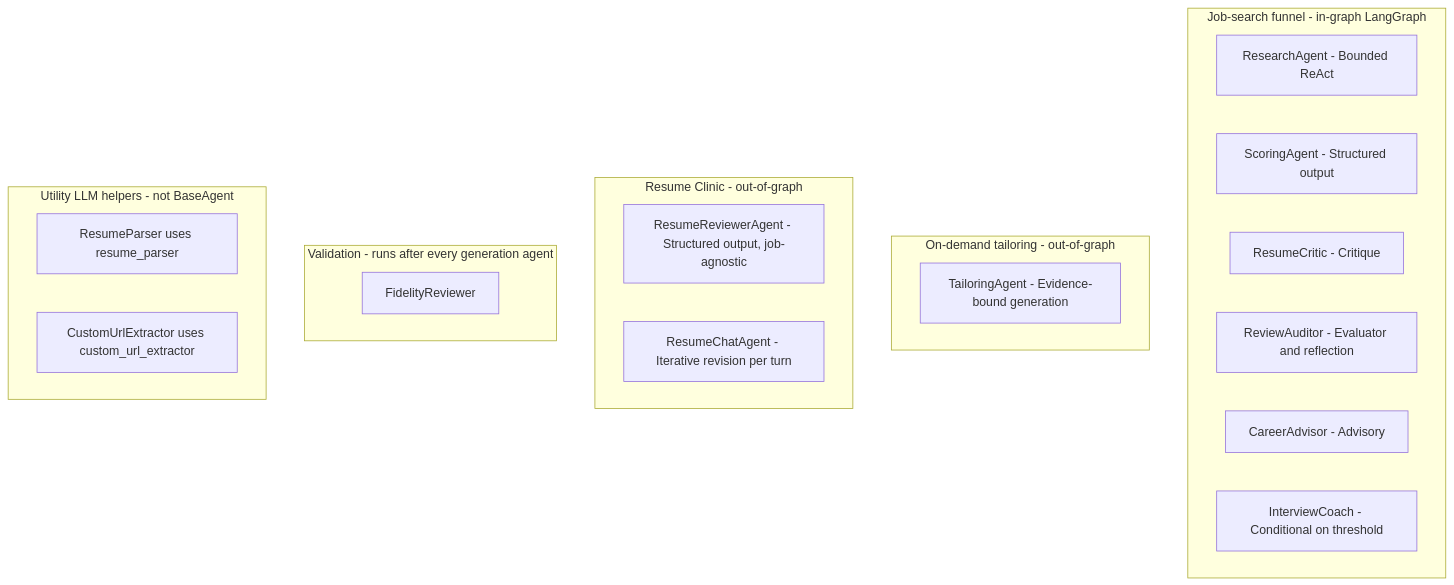
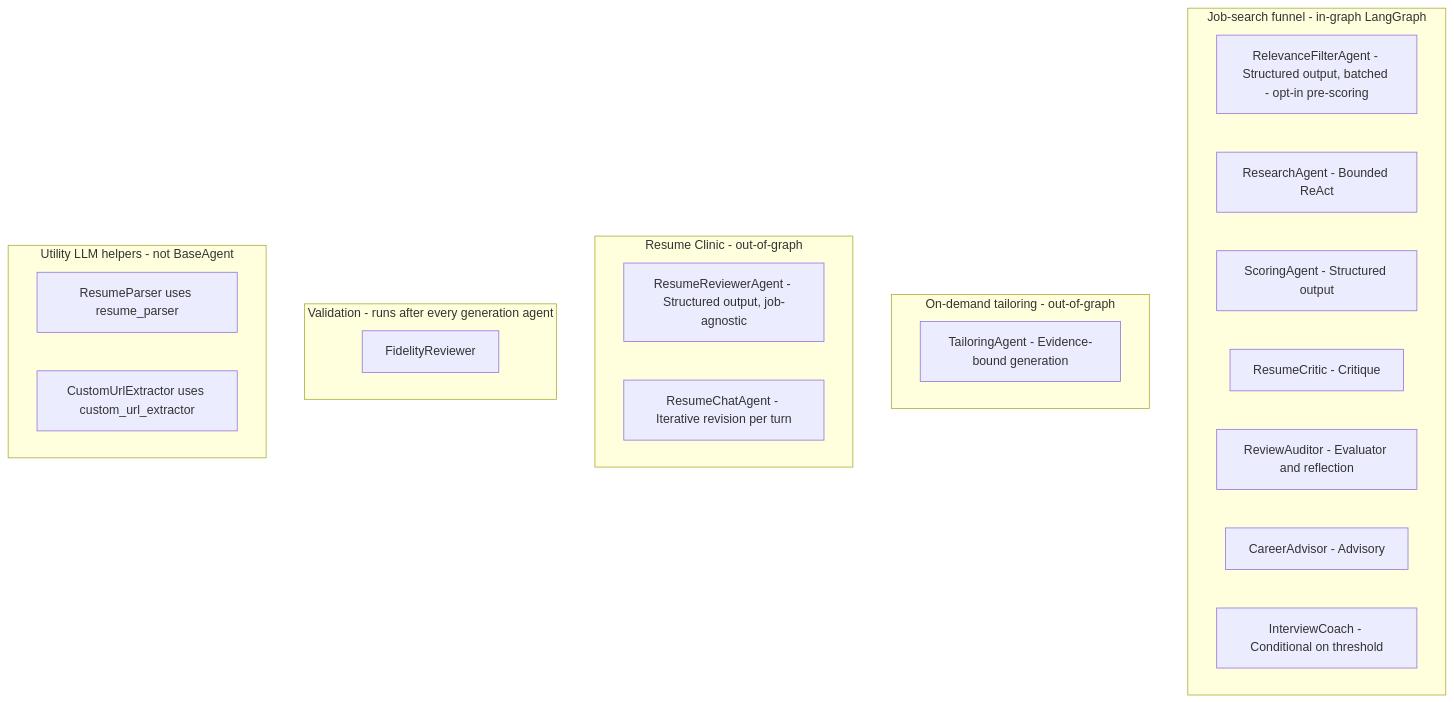
The diagram in docs/architecture/images/agent_graph.mmd (suthrams/jobsearchagent-v2), drawn with Mermaid before and after one commit. The commit also changed 4 other files, not shown here.

```diff
--- a/docs/architecture/images/agent_graph.mmd
+++ b/docs/architecture/images/agent_graph.mmd
@@ -1,27 +1,31 @@
+%% Textual mirror only. The published PNG is rendered from
+%% tools/figure_renderer/specs/agent_graph.json (deterministic figure renderer),
+%% not from this file. Keep both in sync on any agent change.
 flowchart TB
     subgraph Funnel [Job-search funnel - in-graph LangGraph]
+        a0[RelevanceFilterAgent - Structured output, batched - opt-in pre-scoring]
         a1[ResearchAgent - Bounded ReAct]
         a2[ScoringAgent - Structured output]
         a3[ResumeCritic - Critique]
         a4[ReviewAuditor - Evaluator and reflection]
         a5[CareerAdvisor - Advisory]
         a6[InterviewCoach - Conditional on threshold]
     end
 
     subgraph Tailoring [On-demand tailoring - out-of-graph]
         a7[TailoringAgent - Evidence-bound generation]
     end
 
     subgraph Clinic [Resume Clinic - out-of-graph]
         a8[ResumeReviewerAgent - Structured output, job-agnostic]
         a9[ResumeChatAgent - Iterative revision per turn]
     end
 
     subgraph Guardrail [Validation - runs after every generation agent]
         a10[FidelityReviewer]
     end
 
     subgraph Helpers [Utility LLM helpers - not BaseAgent]
         a11[ResumeParser uses resume_parser]
         a12[CustomUrlExtractor uses custom_url_extractor]
     end
```
